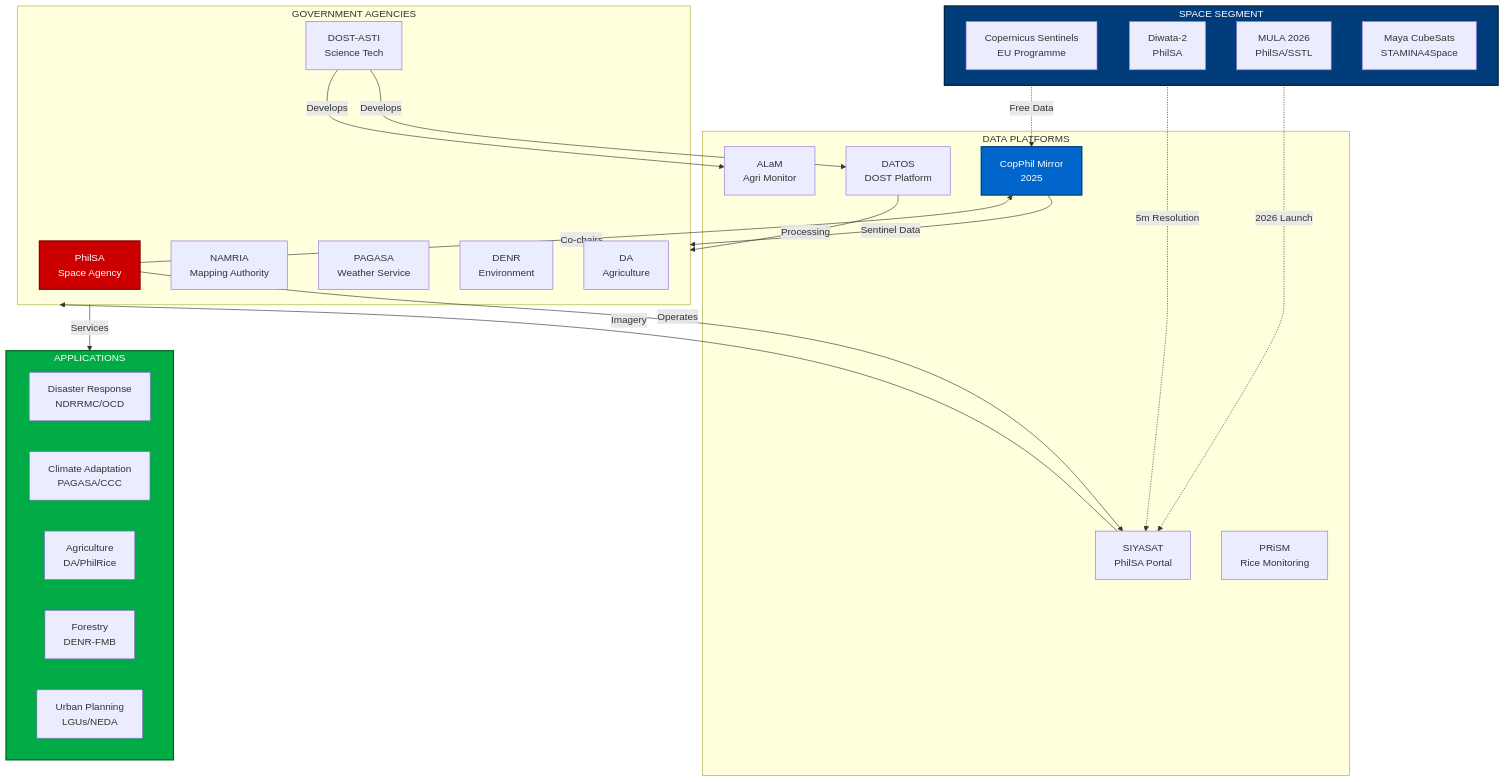
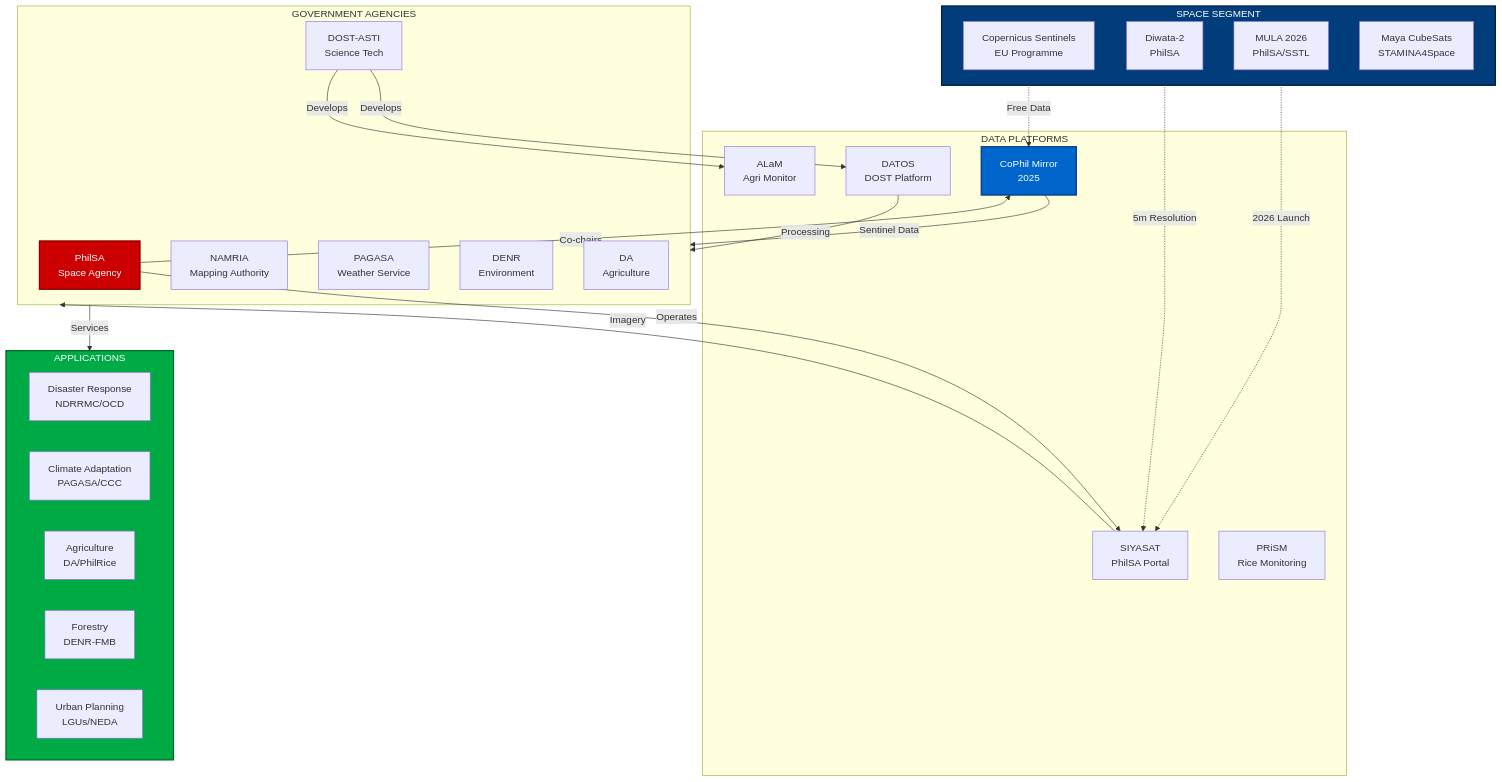
One commit to DimitrisKasabalis/EO_trainning changed the fifth of 5 diagrams in course_site/day1/sessions/session1.qmd. Above: the diagram before and after it, drawn with Mermaid. The commit also changed other lines of this file and 614 other files, not shown here.

````diff
--- a/course_site/day1/sessions/session1.qmd
+++ b/course_site/day1/sessions/session1.qmd
@@ -1086,57 +1056,57 @@
 ```{mermaid}
 %%| fig-cap: "Philippine Earth Observation Ecosystem"
 %%| fig-width: 100%
 
 graph TB
     subgraph Space["SPACE SEGMENT"]
         S1[Copernicus Sentinels<br/>EU Programme]
         S2[Diwata-2<br/>PhilSA]
         S3[MULA 2026<br/>PhilSA/SSTL]
         S4[Maya CubeSats<br/>STAMINA4Space]
     end
 
     subgraph Agencies["GOVERNMENT AGENCIES"]
         A1[PhilSA<br/>Space Agency]
         A2[NAMRIA<br/>Mapping Authority]
         A3[PAGASA<br/>Weather Service]
         A4[DOST-ASTI<br/>Science Tech]
         A5[DENR<br/>Environment]
         A6[DA<br/>Agriculture]
     end
 
     subgraph Platforms["DATA PLATFORMS"]
         P1[SIYASAT<br/>PhilSA Portal]
         P2[DATOS<br/>DOST Platform]
         P3[PRiSM<br/>Rice Monitoring]
         P4[ALaM<br/>Agri Monitor]
-        P5[CopPhil Mirror<br/>2025]
+        P5[CoPhil Mirror<br/>2025]
     end
 
     subgraph Apps["APPLICATIONS"]
         AP1[Disaster Response<br/>NDRRMC/OCD]
         AP2[Climate Adaptation<br/>PAGASA/CCC]
         AP3[Agriculture<br/>DA/PhilRice]
         AP4[Forestry<br/>DENR-FMB]
         AP5[Urban Planning<br/>LGUs/NEDA]
     end
 
     S1 -.->|Free Data| P5
     S2 -.->|5m Resolution| P1
     S3 -.->|2026 Launch| P1
 
     A1 -->|Operates| P1
     A1 -->|Co-chairs| P5
     A4 -->|Develops| P2
     A4 -->|Develops| P4
 
     P1 -->|Imagery| Agencies
     P2 -->|Processing| Agencies
     P5 -->|Sentinel Data| Agencies
 
     Agencies -->|Services| Apps
 
     style Space fill:#003d7a,stroke:#001f3d,stroke-width:2px,color:#fff
     style A1 fill:#cc0000,stroke:#880000,stroke-width:2px,color:#fff
     style P5 fill:#0066cc,stroke:#003d7a,stroke-width:2px,color:#fff
     style Apps fill:#00aa44,stroke:#006622,stroke-width:2px,color:#fff
 ```
````
